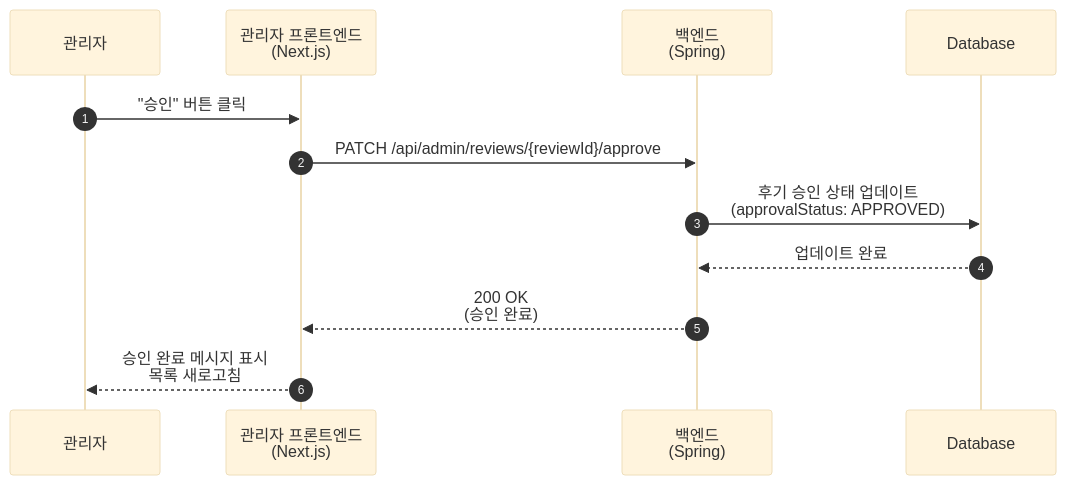
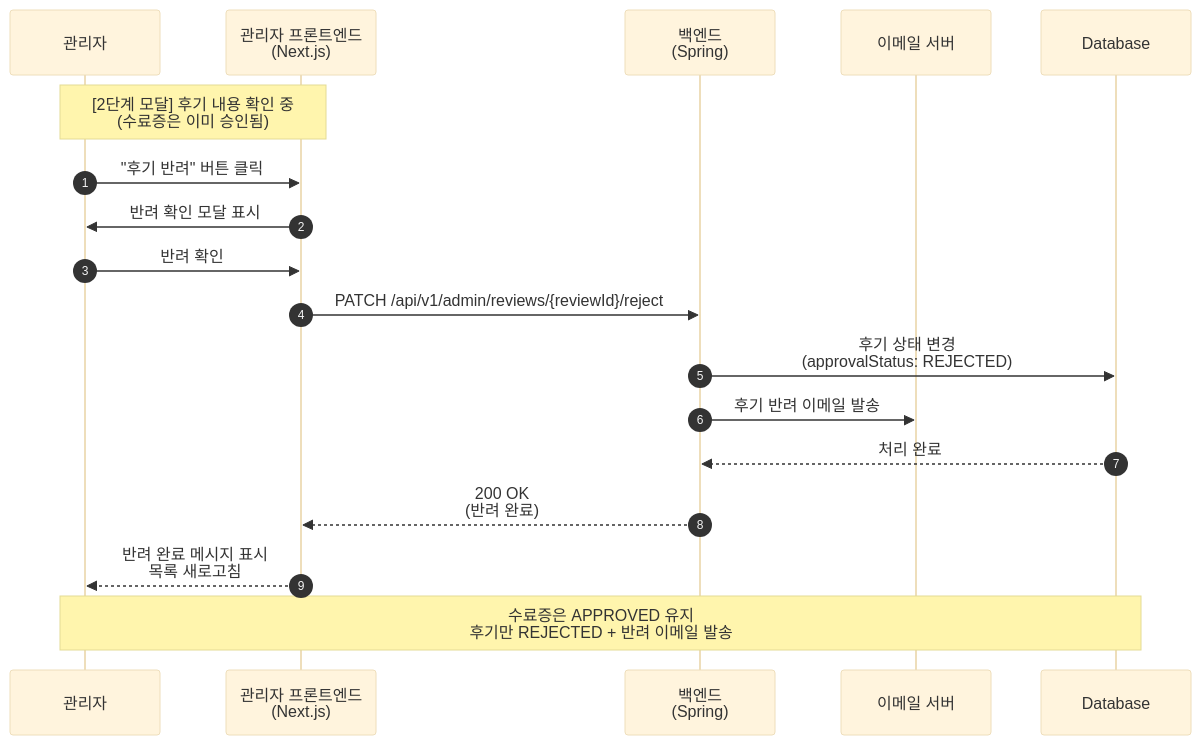
One commit to sw-campus/sw-campus-docs changed the fifth of 8 diagrams in sequence/review/admin_review_approval_diagram.md. Above: the diagram before and after it, drawn with Mermaid (base theme). The commit also changed other lines of this file and 3 other files, not shown here.

Commit message:
docs: review sequence

````diff
--- a/sequence/review/admin_review_approval_diagram.md
+++ b/sequence/review/admin_review_approval_diagram.md
@@ -52,15 +121,23 @@
 ```mermaid
 sequenceDiagram
     autonumber
     participant Admin as 관리자
     participant AdminFE as 관리자 프론트엔드<br/>(Next.js)
     participant Backend as 백엔드<br/>(Spring)
+    participant Email as 이메일 서버
     participant DB as Database
 
-    Admin->>AdminFE: "승인" 버튼 클릭
-    AdminFE->>Backend: PATCH /api/admin/reviews/{reviewId}/approve
-    Backend->>DB: 후기 승인 상태 업데이트<br/>(approvalStatus: APPROVED)
-    DB-->>Backend: 업데이트 완료
-    Backend-->>AdminFE: 200 OK<br/>(승인 완료)
-    AdminFE-->>Admin: 승인 완료 메시지 표시<br/>목록 새로고침
+    Note over Admin, AdminFE: [2단계 모달] 후기 내용 확인 중<br/>(수료증은 이미 승인됨)
+
+    Admin->>AdminFE: "후기 반려" 버튼 클릭
+    AdminFE->>Admin: 반려 확인 모달 표시
+    Admin->>AdminFE: 반려 확인
+    AdminFE->>Backend: PATCH /api/v1/admin/reviews/{reviewId}/reject
+    Backend->>DB: 후기 상태 변경<br/>(approvalStatus: REJECTED)
+    Backend->>Email: 후기 반려 이메일 발송
+    DB-->>Backend: 처리 완료
+    Backend-->>AdminFE: 200 OK<br/>(반려 완료)
+    AdminFE-->>Admin: 반려 완료 메시지 표시<br/>목록 새로고침
+
+    Note over Admin, DB: 수료증은 APPROVED 유지<br/>후기만 REJECTED + 반려 이메일 발송
 ```
````
